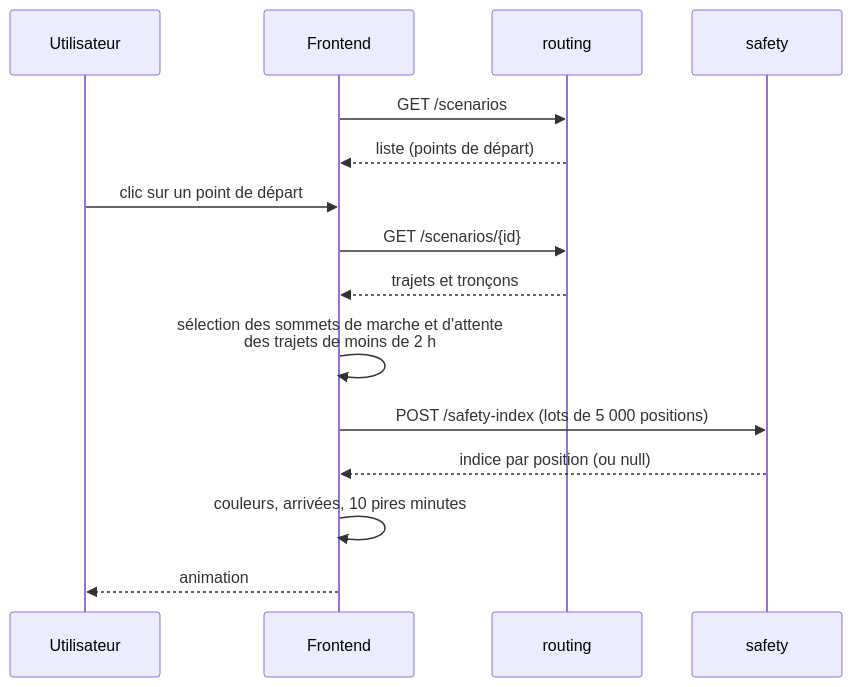
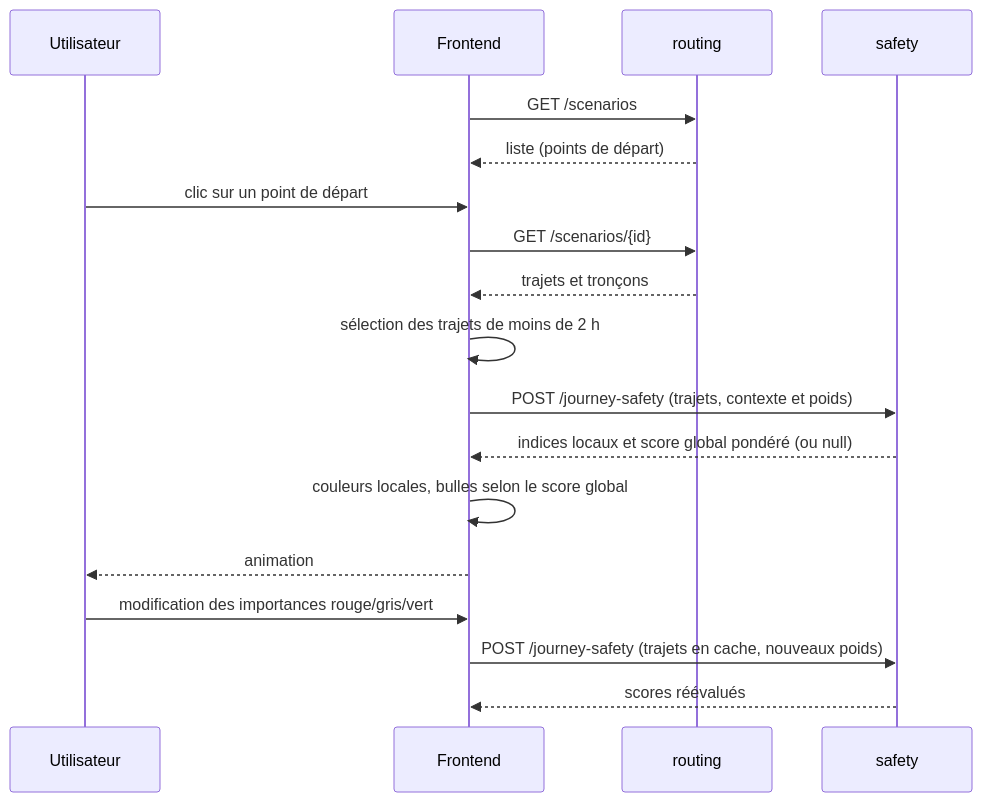
Before and after one commit to setec-labs/hackaviz-2026: the diagram in docs/architecture/frontend.md, drawn with Mermaid. The commit also changed other lines of this file and 35 other files, not shown here.

````diff
--- a/docs/architecture/frontend.md
+++ b/docs/architecture/frontend.md
@@ -29,17 +29,20 @@
 ```mermaid
 sequenceDiagram
     participant U as Utilisateur
     participant F as Frontend
     participant R as routing
     participant S as safety
     F->>R: GET /scenarios
     R-->>F: liste (points de départ)
     U->>F: clic sur un point de départ
     F->>R: GET /scenarios/{id}
     R-->>F: trajets et tronçons
-    F->>F: sélection des sommets de marche et d'attente<br/>des trajets de moins de 2 h
-    F->>S: POST /safety-index (lots de 5 000 positions)
-    S-->>F: indice par position (ou null)
-    F->>F: couleurs, arrivées, 10 pires minutes
+    F->>F: sélection des trajets de moins de 2 h
+    F->>S: POST /journey-safety (trajets, contexte et poids)
+    S-->>F: indices locaux et score global pondéré (ou null)
+    F->>F: couleurs locales, bulles selon le score global
     F-->>U: animation
+    U->>F: modification des importances rouge/gris/vert
+    F->>S: POST /journey-safety (trajets en cache, nouveaux poids)
+    S-->>F: scores réévalués
 ```
````
